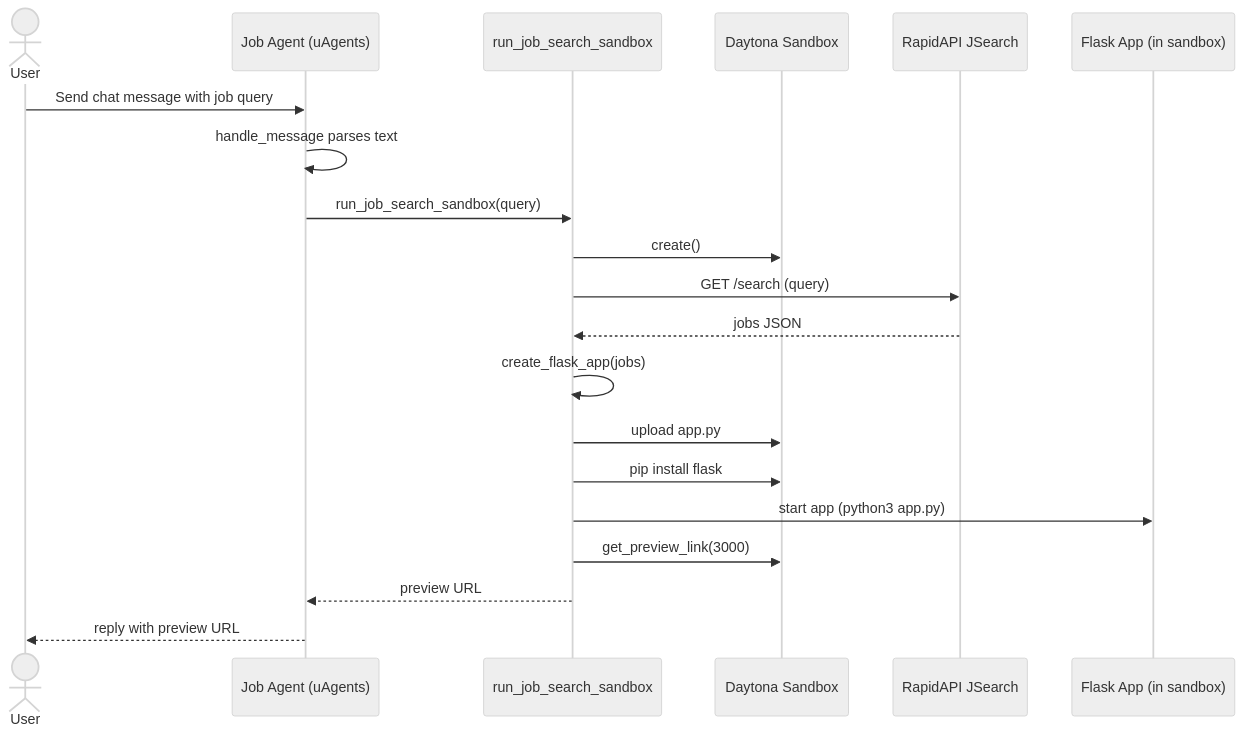
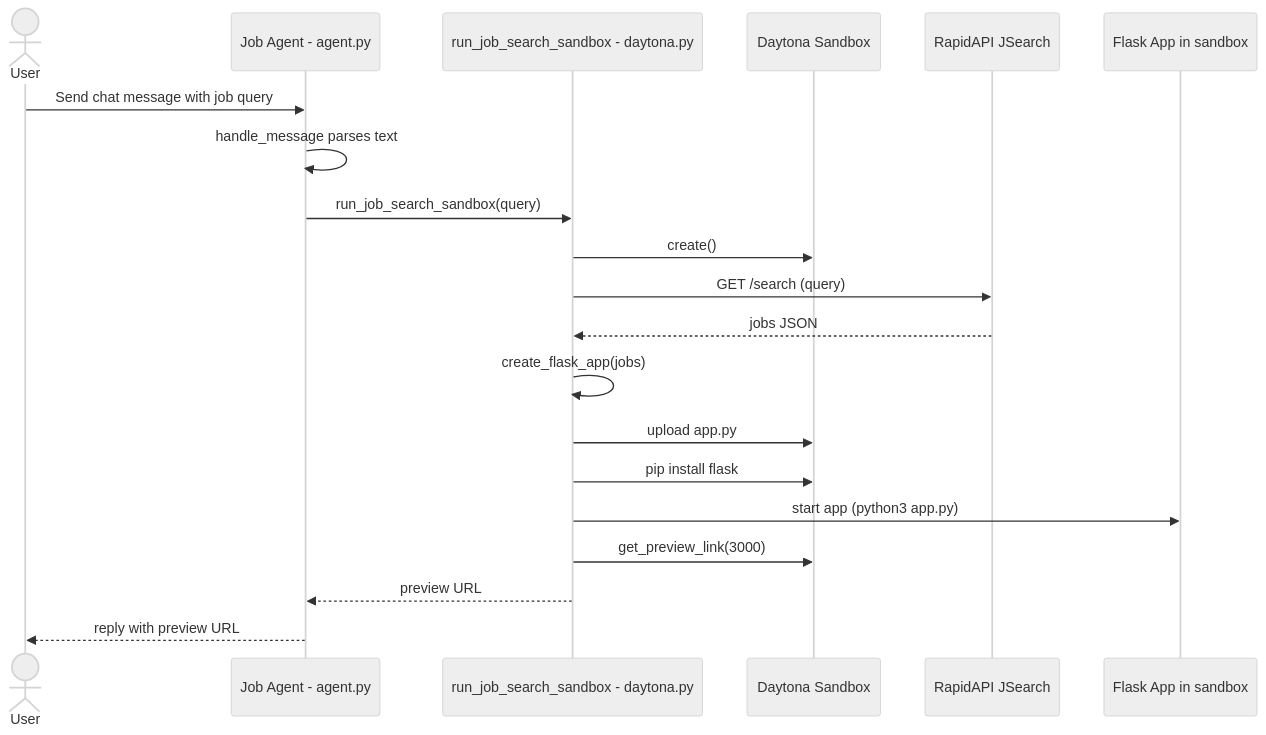
The second of 2 diagrams in README.md (gautammanak1/daytona-fetchai), drawn with Mermaid (neutral theme) before and after one commit. The commit also changed other lines of this file and 1 other file, not shown here.

Commit message:
docs: fix README diagrams and filenames; fix agent import

````diff
--- a/README.md
+++ b/README.md
@@ -80,23 +80,23 @@
 ```mermaid
 sequenceDiagram
   actor User
-  participant Agent as Job Agent (uAgents)
-  participant Runner as run_job_search_sandbox
+  participant Agent as Job Agent - agent.py
+  participant Runner as run_job_search_sandbox - daytona.py
   participant Daytona as Daytona Sandbox
   participant JSearch as RapidAPI JSearch
-  participant Flask as Flask App (in sandbox)
+  participant Flask as Flask App in sandbox
 
   User->>Agent: Send chat message with job query
   Agent->>Agent: handle_message parses text
   Agent->>Runner: run_job_search_sandbox(query)
   Runner->>Daytona: create()
   Runner->>JSearch: GET /search (query)
   JSearch-->>Runner: jobs JSON
   Runner->>Runner: create_flask_app(jobs)
   Runner->>Daytona: upload app.py
   Runner->>Daytona: pip install flask
   Runner->>Flask: start app (python3 app.py)
   Runner->>Daytona: get_preview_link(3000)
   Runner-->>Agent: preview URL
   Agent-->>User: reply with preview URL
 ```
````
